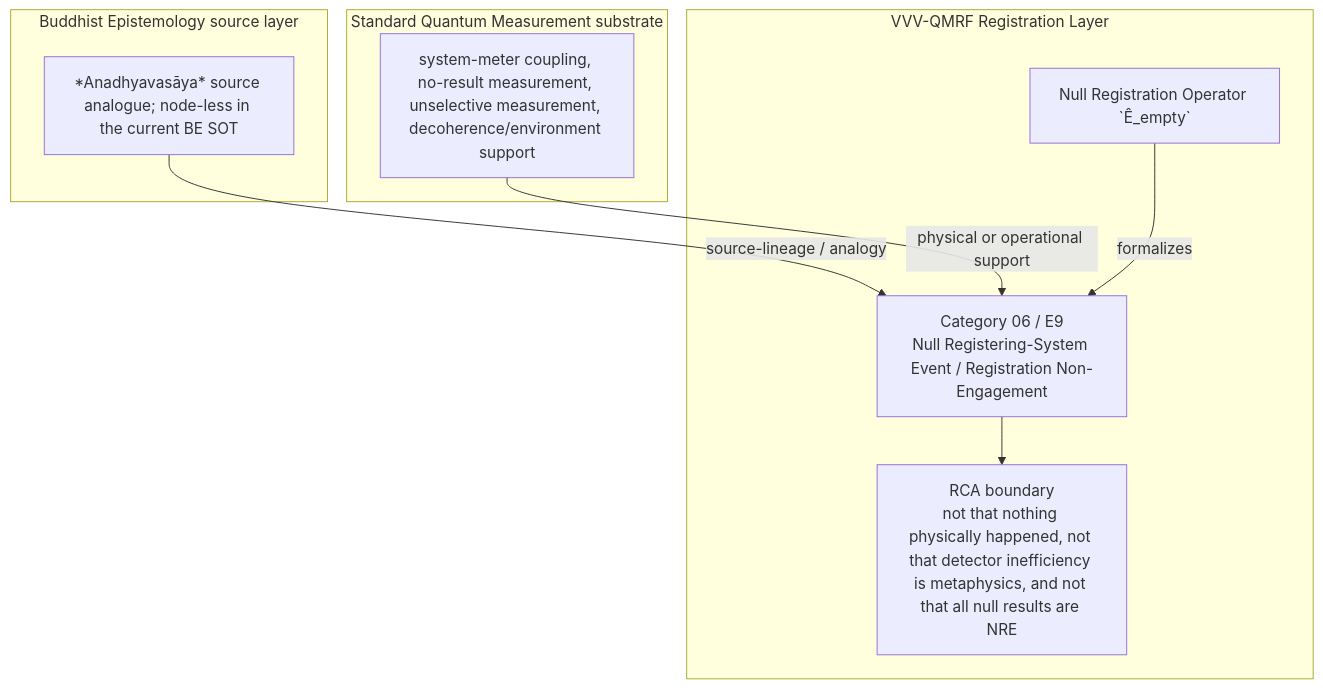
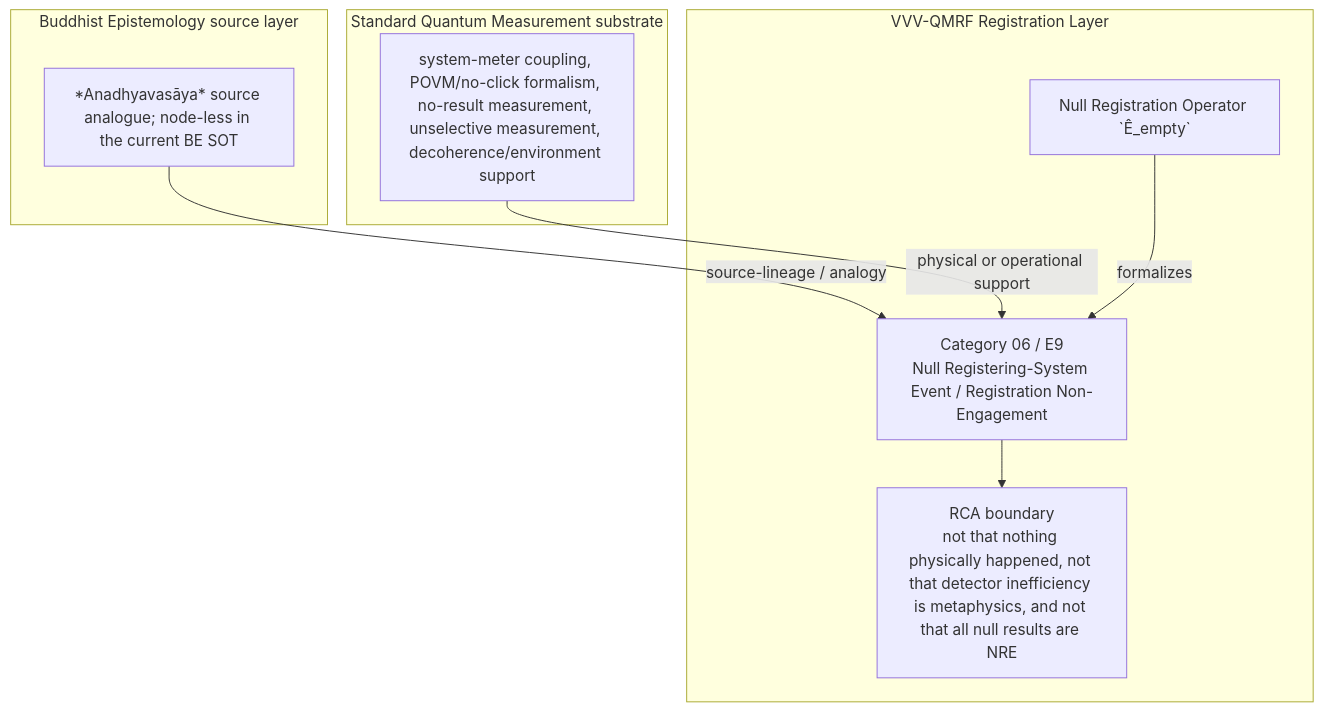
One commit to AIhugART/VVV-QMRF-VietVunVut-Quantum-Measurement-Registration-Framework changed the diagram in documents/research_documents/category/vvv_qmrf_category_06_e09_null_registering_system_event.md. Above: the diagram before and after it, drawn with Mermaid. The commit also changed other lines of this file and 31 other files, not shown here.

````diff
--- a/documents/research_documents/category/vvv_qmrf_category_06_e09_null_registering_system_event.md
+++ b/documents/research_documents/category/vvv_qmrf_category_06_e09_null_registering_system_event.md
@@ -258,21 +258,21 @@
 ```mermaid
 flowchart TD
     subgraph BE["Buddhist Epistemology source layer"]
         BE1["*Anadhyavasāya* source analogue; node-less in the current BE SOT"]
     end
 
     subgraph QM["Standard Quantum Measurement substrate"]
-        QM1["system-meter coupling, no-result measurement, unselective measurement, decoherence/environment support"]
+        QM1["system-meter coupling, POVM/no-click formalism, no-result measurement, unselective measurement, decoherence/environment support"]
     end
 
     subgraph VVV["VVV-QMRF Registration Layer"]
         CAT["Category 06 / E9<br/>Null Registering-System Event / Registration Non-Engagement"]
         SYM["Null Registration Operator `Ê_empty`"]
         BOUND["RCA boundary<br/>not that nothing physically happened, not that detector inefficiency is metaphysics, and not that all null results are NRE"]
     end
 
     BE1 -->|"source-lineage / analogy"| CAT
     QM1 -->|"physical or operational support"| CAT
     SYM -->|"formalizes"| CAT
     CAT --> BOUND
 ```
````
